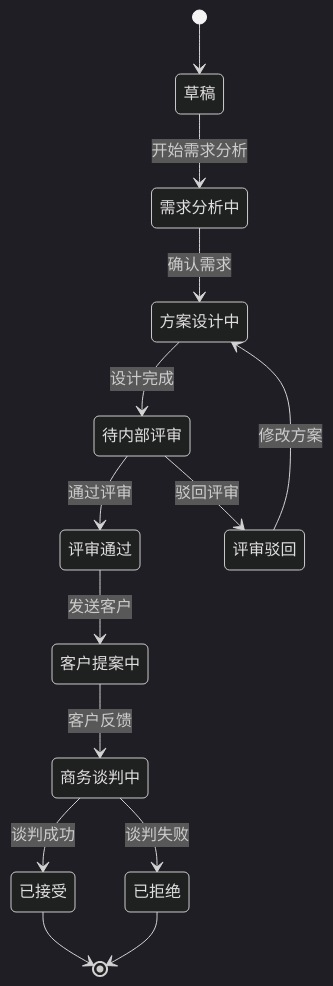
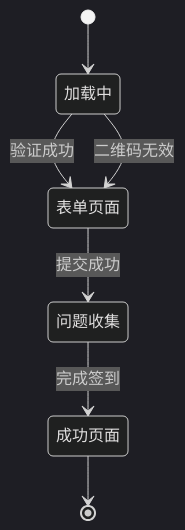
The tenth of 27 diagrams in .qoder/repowiki/zh/content/Pre Sales Dashboard.md (xianjianshenqu/SalesFlow-CRM), drawn with Mermaid (dark theme) before and after one commit. The commit also changed other lines of this file and 11 other files, not shown here.

````diff
--- a/.qoder/repowiki/zh/content/Pre Sales Dashboard.md
+++ b/.qoder/repowiki/zh/content/Pre Sales Dashboard.md
@@ -457,16 +492,9 @@
 ```mermaid
 stateDiagram-v2
-[*] --> 草稿
-草稿 --> 需求分析中 : 开始需求分析
-需求分析中 --> 方案设计中 : 确认需求
-方案设计中 --> 待内部评审 : 设计完成
-待内部评审 --> 评审通过 : 通过评审
-待内部评审 --> 评审驳回 : 驳回评审
-评审通过 --> 客户提案中 : 发送客户
-评审驳回 --> 方案设计中 : 修改方案
-客户提案中 --> 商务谈判中 : 客户反馈
-商务谈判中 --> 已接受 : 谈判成功
-商务谈判中 --> 已拒绝 : 谈判失败
-已接受 --> [*]
-已拒绝 --> [*]
+[*] --> 加载中
+加载中 --> 表单页面 : 验证成功
+加载中 --> 表单页面 : 二维码无效
+表单页面 --> 问题收集 : 提交成功
+问题收集 --> 成功页面 : 完成签到
+成功页面 --> [*]
 ```
````
